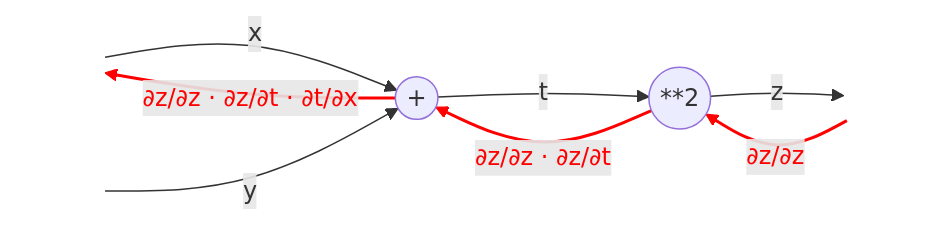
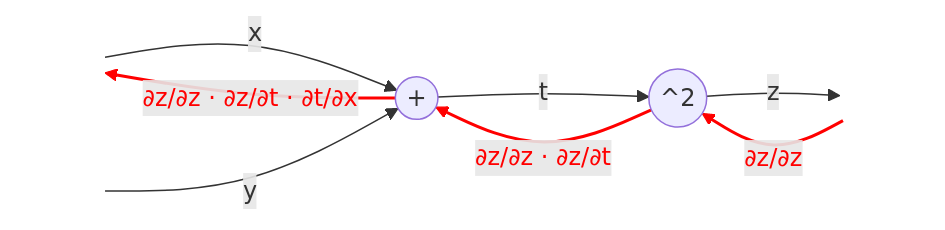
The sixth of 10 diagrams in posts/bpoe.md (Vorschlag-bit/blog), drawn with Mermaid before and after one commit. The commit also changed other lines of this file, not shown here.

````diff
--- a/posts/bpoe.md
+++ b/posts/bpoe.md
@@ -165,26 +223,26 @@
 ```mermaid
 flowchart LR
     %% 노드 정의
     X[ ]
     Y[ ]
     Plus((+))
-    Pow(("**2"))
+    Pow(("^2"))
     Z[ ]
 
     %% 순전파 (Forward)
     X -- "x" --> Plus
     Y -- "y" --> Plus
     Plus -- "t" --> Pow
     Pow -- "z" --> Z
 
     %% 역전파 (Backward)
     Z -- "∂z/∂z" --> Pow
     Pow -- "∂z/∂z · ∂z/∂t" --> Plus
     Plus -- "∂z/∂z · ∂z/∂t · ∂t/∂x" --> X
 
     %% 스타일
     style X fill:none,stroke:none
     style Y fill:none,stroke:none
     style Z fill:none,stroke:none
     linkStyle 4,5,6 stroke:red,stroke-width:2px,color:red;
 ```
````
